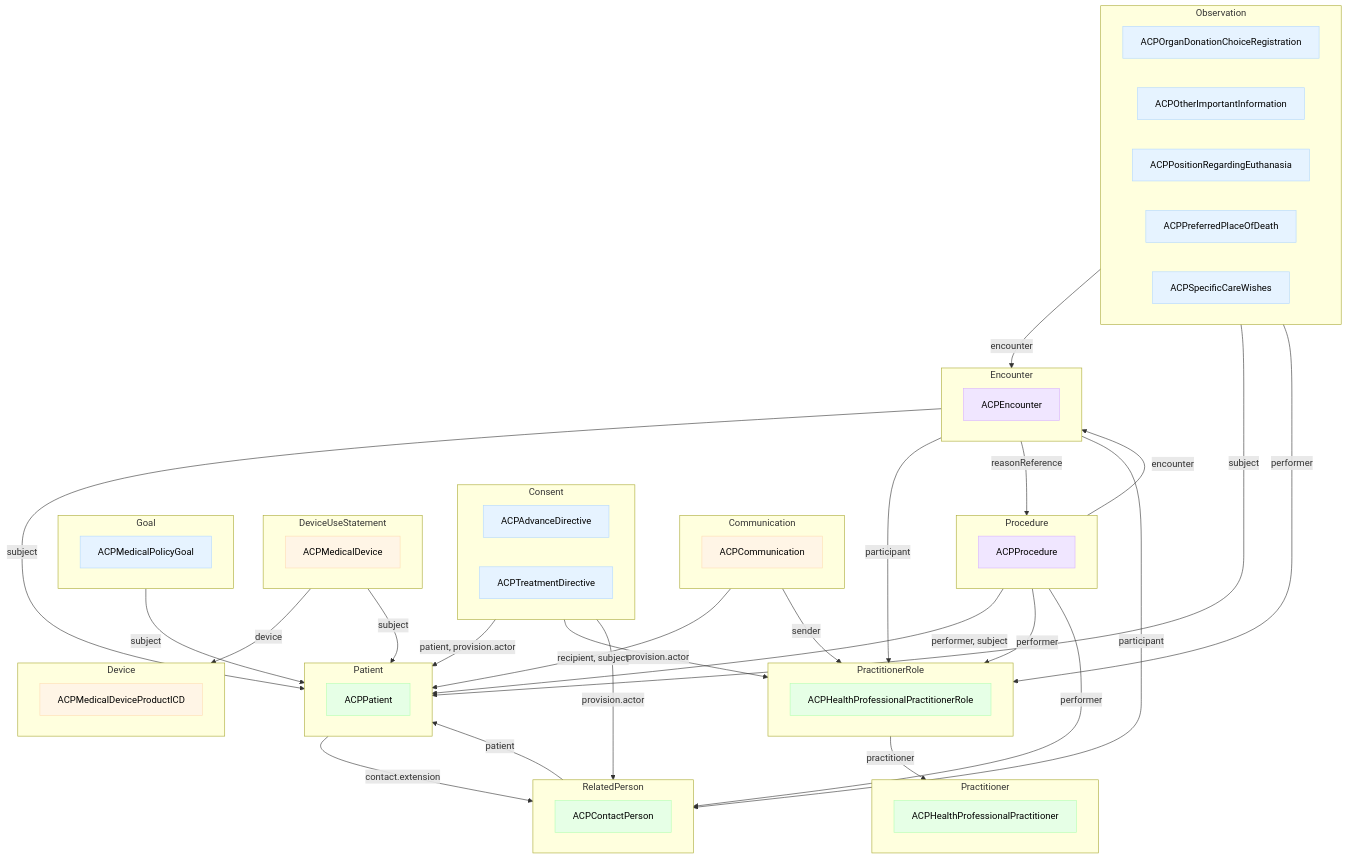
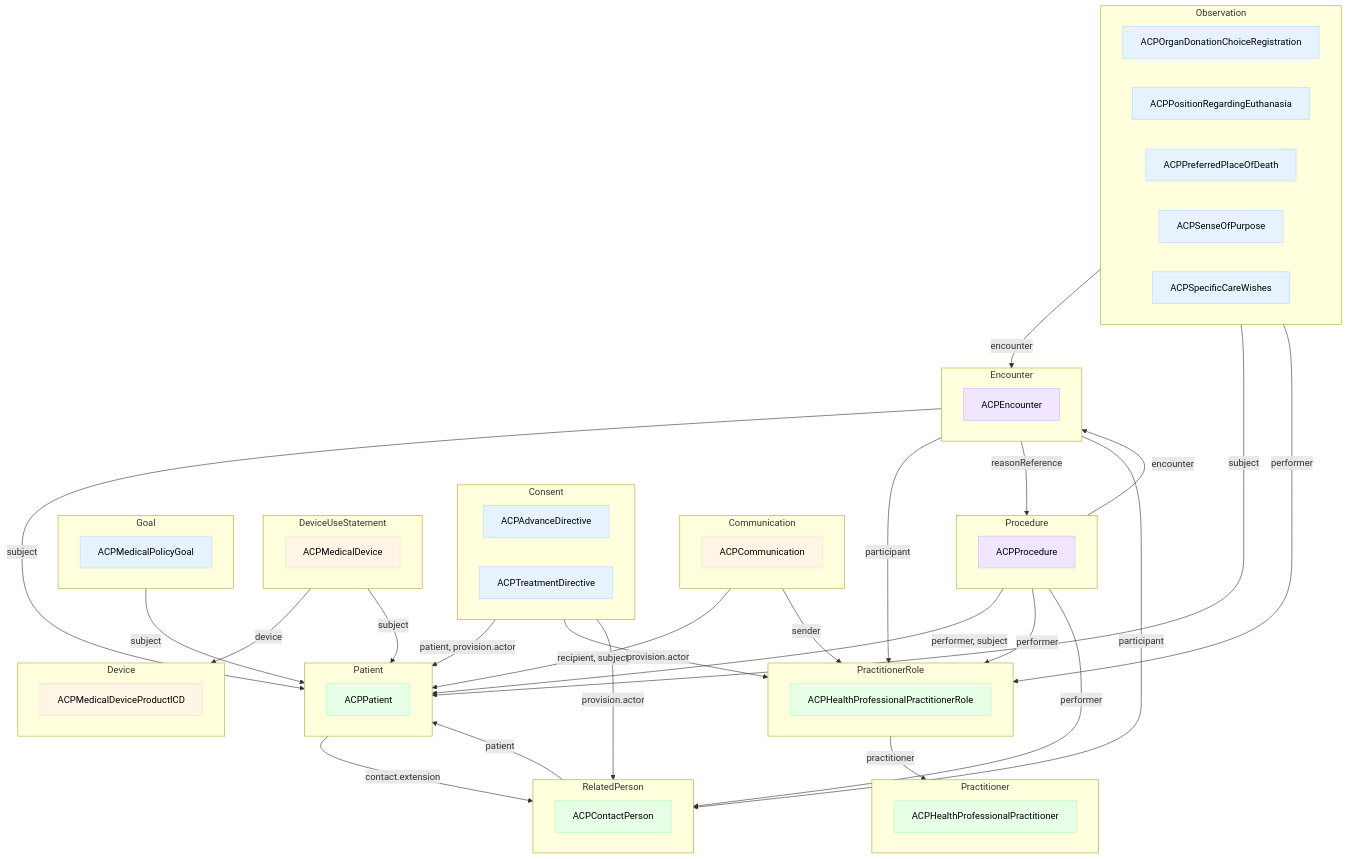
The diagram in input/includes/fhir-data-model-mermaid-diagram.md (IKNL/PZP-FHIR-R4), drawn with Mermaid before and after one commit. The commit also changed 7 other files, not shown here.

First line of the commit message:
#83 ACPOtherImportantInformation to ACPSenseOfPurpose

```diff
--- a/input/includes/fhir-data-model-mermaid-diagram.md
+++ b/input/includes/fhir-data-model-mermaid-diagram.md
@@ -57,9 +57,9 @@
 
     subgraph "Observation"
         ACPOrganDonationChoiceRegistration
-        ACPOtherImportantInformation
         ACPPositionRegardingEuthanasia
         ACPPreferredPlaceOfDeath
+        ACPSenseOfPurpose
         ACPSpecificCareWishes
     end
 
@@ -75,7 +75,7 @@
     class ACPPreferredPlaceOfDeath C0
     class ACPPositionRegardingEuthanasia C0
     class ACPOrganDonationChoiceRegistration C0
-    class ACPOtherImportantInformation C0
+    class ACPSenseOfPurpose C0
     class ACPPatient C1
     class ACPHealthProfessionalPractitioner C1
     class ACPHealthProfessionalPractitionerRole C1
```
